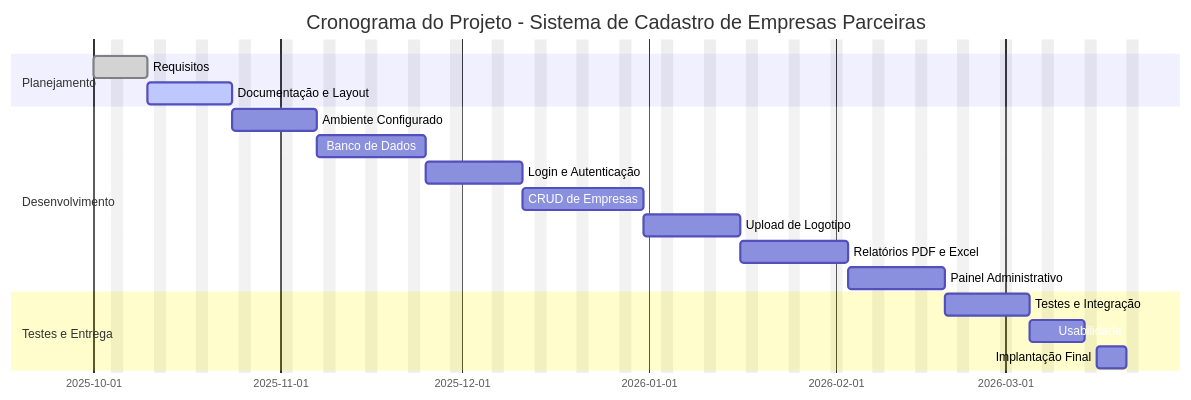
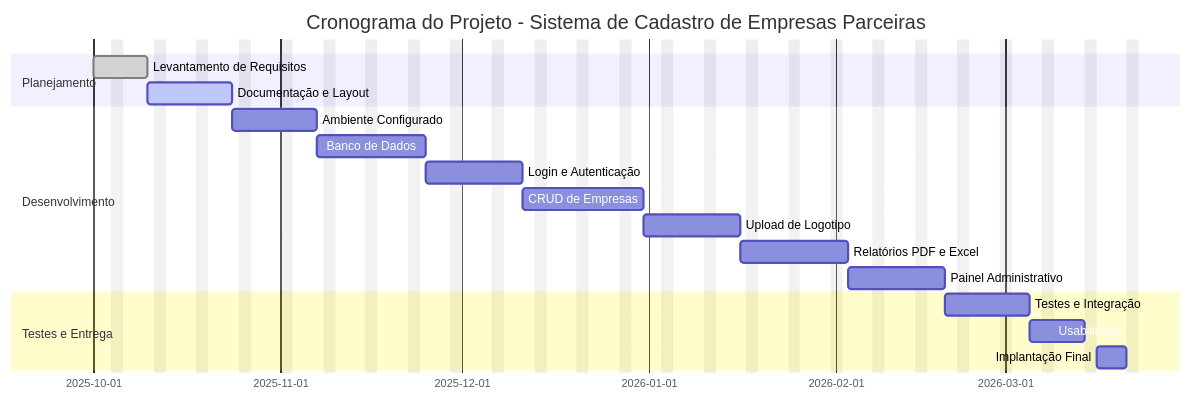
Before and after one commit to ViniSouzaCosta/atv-gantt-crystal: the diagram in README.md, drawn with Mermaid.

````diff
--- a/README.md
+++ b/README.md
@@ -3,28 +3,28 @@
 ```mermaid
-  gantt
+ gantt
     dateFormat  YYYY-MM-DD
     title Cronograma do Projeto - Sistema de Cadastro de Empresas Parceiras
     excludes weekends
 
     section Planejamento
-    Requisitos                   :done,   reqs, 2025-10-01, 7d
+    Levantamento de Requisitos   :done,   reqs, 2025-10-01, 7d
     Documentação e Layout        :active, docs, after reqs, 10d
 
     section Desenvolvimento
-    Ambiente Configurado         :dev1, after docs, 10d  
-    Banco de Dados               :dev2, after dev1, 12d  
+    Ambiente Configurado         :dev1, after docs, 10d
+    Banco de Dados               :dev2, after dev1, 12d
     Login e Autenticação         :dev3, after dev2, 12d
     CRUD de Empresas             :dev4, after dev3, 14d
-    Upload de Logotipo           :dev5, after dev4, 12d  
-    Relatórios PDF e Excel       :dev6, after dev5, 12d  
+    Upload de Logotipo           :dev5, after dev4, 12d
+    Relatórios PDF e Excel       :dev6, after dev5, 12d
     Painel Administrativo        :dev7, after dev6, 12d
 
     section Testes e Entrega
     Testes e Integração          :qa1, after dev7, 10d
     Usabilidade                  :qa2, after qa1, 7d
     Implantação Final            :deliver, after qa2, 5d
 
 
 
 
   ```
````
